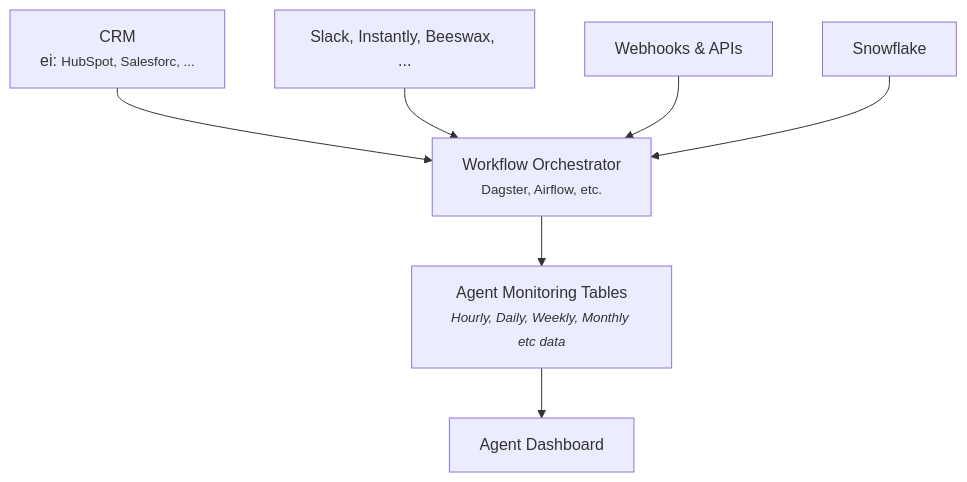
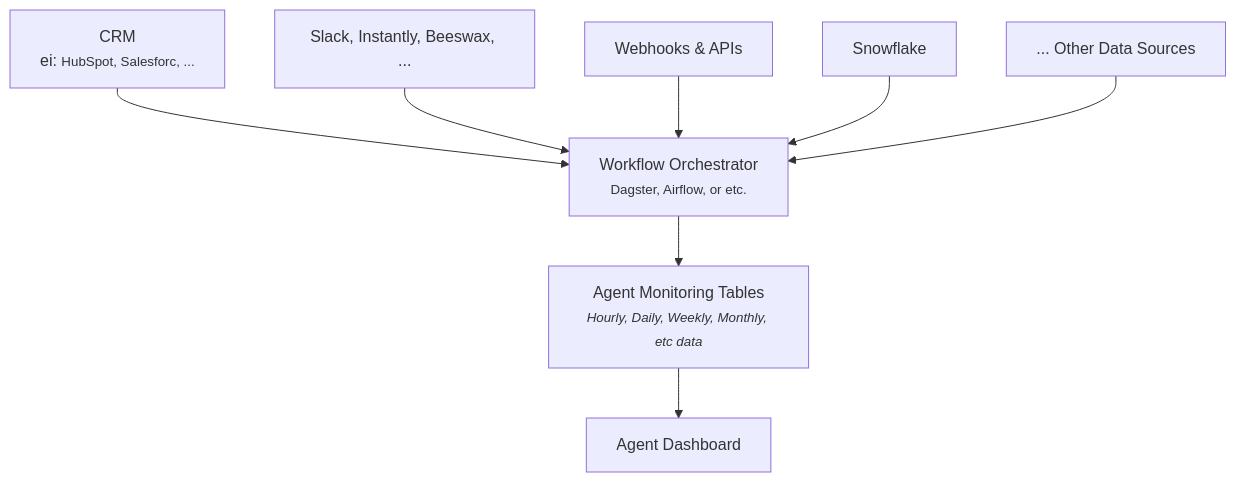
One commit to bradford-gill/agent-dashboard-proto changed the diagram in README.md. Above: the diagram before and after it, drawn with Mermaid. The commit also changed other lines of this file, not shown here.

````diff
--- a/README.md
+++ b/README.md
@@ -4,10 +4,11 @@
 ```mermaid
 graph TD
-    A[CRM<br/>ei: <small>HubSpot, Salesforc, ... </small>] --> E[Workflow Orchestrator<br/><small>Dagster, Airflow, etc.]
+    A[CRM<br/>ei: <small>HubSpot, Salesforc, ... </small>] --> E[Workflow Orchestrator<br/><small>Dagster, Airflow, or etc.]
     B[Slack, Instantly, Beeswax, ...] --> E
     C[Webhooks & APIs] --> E
     D[Snowflake] --> E
+    J[... Other Data Sources] --> E
     
-    E --> F[Agent Monitoring Tables<br/><small><i>Hourly, Daily, Weekly, Monthly etc data</i>]
+    E --> F[Agent Monitoring Tables<br/><small><i>Hourly, Daily, Weekly, Monthly, etc data</i>]
     F --> G[Agent Dashboard]
 ```
````
